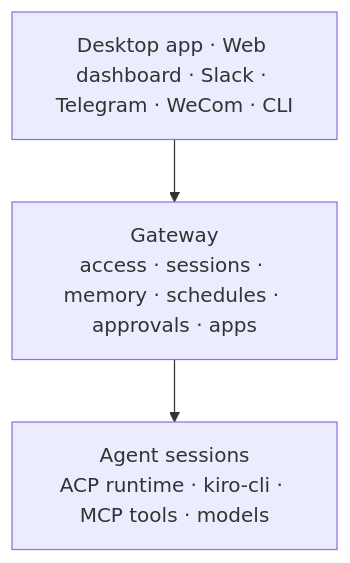
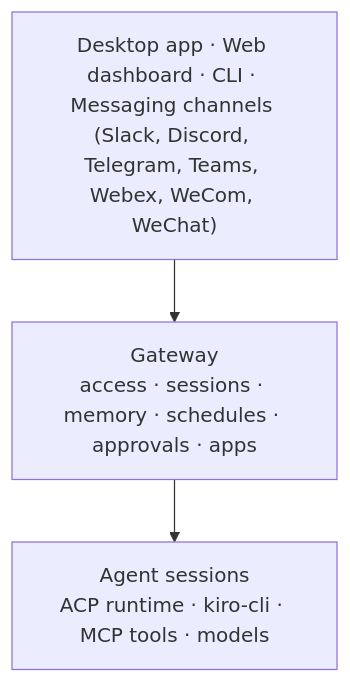
The diagram in README.md (Arin016/KiroCrew), drawn with Mermaid before and after one commit. The commit also changed other lines of this file and 44 other files, not shown here.

````diff
--- a/README.md
+++ b/README.md
@@ -209,7 +215,7 @@
 ```mermaid
 flowchart TD
-    S["Desktop app · Web dashboard · Slack · Telegram · WeCom · CLI"]
+    S["Desktop app · Web dashboard · CLI · Messaging channels (Slack, Discord, Telegram, Teams, Webex, WeCom, WeChat)"]
     G["Gateway<br/>access · sessions · memory · schedules · approvals · apps"]
     A["Agent sessions<br/>ACP runtime · kiro-cli · MCP tools · models"]
     S --> G --> A
 ```
````
